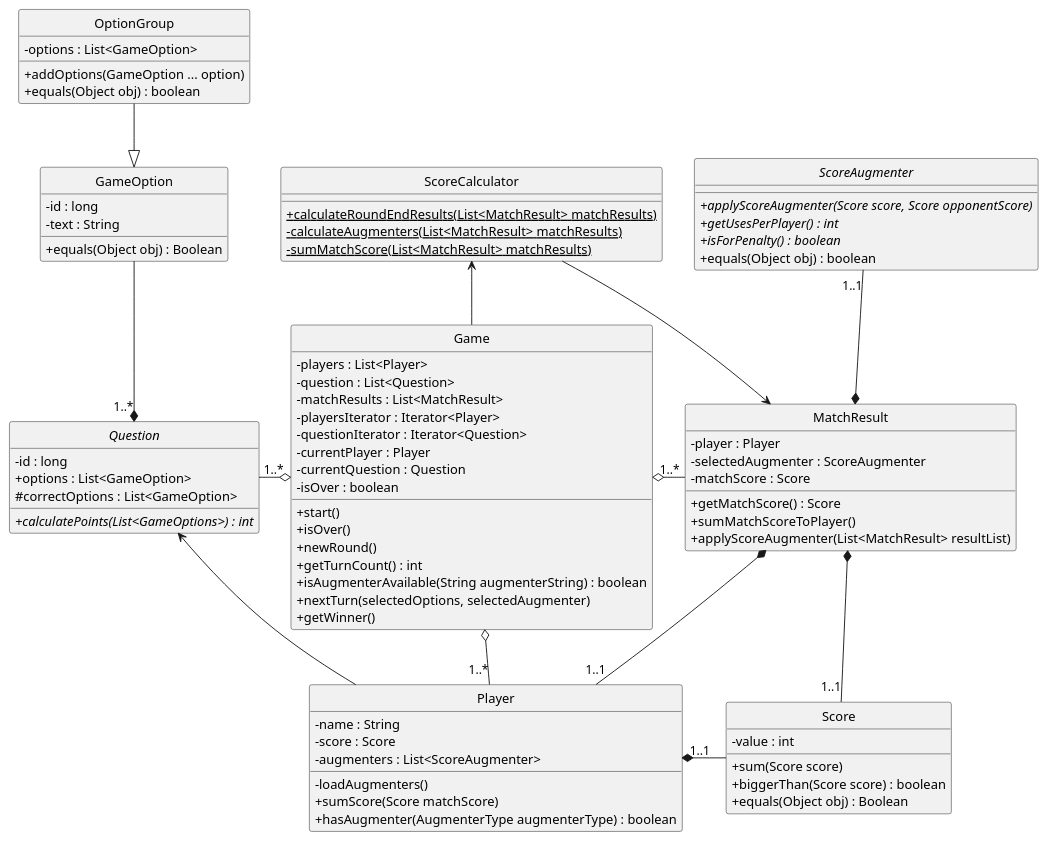
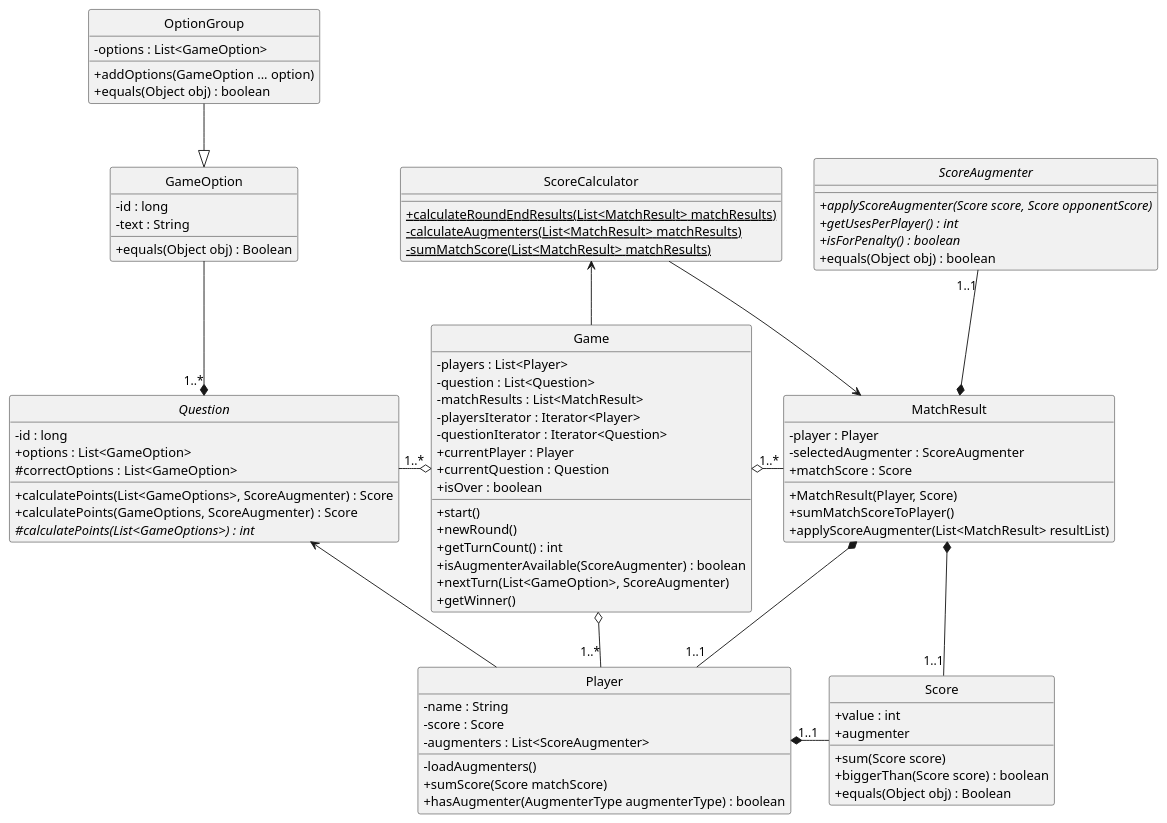
The diagram in docs/diagramaClases-Principal-TP2.plantuml (GEscandar/TP2-Kahoot), drawn with PlantUML before and after one commit. The commit also changed 5 other files, not shown here.

```diff
--- a/docs/diagramaClases-Principal-TP2.plantuml
+++ b/docs/diagramaClases-Principal-TP2.plantuml
@@ -1,99 +1,101 @@
 @startuml DiagramaUML-Clases-TP2
 hide circle
 skinparam classAttributeIconSize 0
 
 abstract Question{
     - id : long
     + options : List<GameOption>
     # correctOptions : List<GameOption>
-    + {abstract}calculatePoints(List<GameOptions>) : int
+    + calculatePoints(List<GameOptions>, ScoreAugmenter) : Score
+    + calculatePoints(GameOptions, ScoreAugmenter) : Score
+    # {abstract}calculatePoints(List<GameOptions>) : int
 }
 
 class GameOption{
     - id : long
-	- text : String
+	  - text : String
     + equals(Object obj) : Boolean
 }
 
 class OptionGroup{
     - options : List<GameOption>
     + addOptions(GameOption ... option)
     + equals(Object obj) : boolean
 }
 
 class MatchResult{
+    + MatchResult(Player, Score)
     - player : Player
-	- selectedAugmenter : ScoreAugmenter
-	- matchScore : Score
-    + getMatchScore() : Score
+	  - selectedAugmenter : ScoreAugmenter
+	  + matchScore : Score
     + sumMatchScoreToPlayer()
     + applyScoreAugmenter(List<MatchResult> resultList) 
 }
 
 class Score{
-    - value : int
+    + value : int
+    + augmenter
     + sum(Score score)
     + biggerThan(Score score) : boolean
     + equals(Object obj) : Boolean
 }
 
 class Game{	
     - players : List<Player>
-	- question : List<Question>
+	  - question : List<Question>
     - matchResults : List<MatchResult>
     - playersIterator : Iterator<Player>
     - questionIterator : Iterator<Question>
-	- currentPlayer : Player
-    - currentQuestion : Question
-    - isOver : boolean
+	  + currentPlayer : Player
+    + currentQuestion : Question
+    + isOver : boolean
     + start()
-    + isOver()
     + newRound()
     + getTurnCount() : int
-    + isAugmenterAvailable(String augmenterString) : boolean
-    + nextTurn(selectedOptions, selectedAugmenter)
+    + isAugmenterAvailable(ScoreAugmenter) : boolean
+    + nextTurn(List<GameOption>, ScoreAugmenter)
     + getWinner()
 }
 
 class ScoreCalculator{
     + {static} calculateRoundEndResults(List<MatchResult> matchResults)
-	- {static} calculateAugmenters(List<MatchResult> matchResults)
+	  - {static} calculateAugmenters(List<MatchResult> matchResults)
     - {static} sumMatchScore(List<MatchResult> matchResults)
 }
 
 class Player{
     - name : String
-	- score : Score
+	  - score : Score
     - augmenters : List<ScoreAugmenter>
-	- loadAugmenters()
+	  - loadAugmenters()
     + sumScore(Score matchScore)
     + hasAugmenter(AugmenterType augmenterType) : boolean
 }
 
 abstract ScoreAugmenter{
     + {abstract}applyScoreAugmenter(Score score, Score opponentScore)
     + {abstract}getUsesPerPlayer() : int 
     + {abstract}isForPenalty() : boolean
     + equals(Object obj) : boolean
 }
 
 
 Game  o--left"1..*"  Question
 Game o--"1..*"  Player
 Game o--right"1..*"  MatchResult
 Game --up> ScoreCalculator
 
 MatchResult *--up"1..1" ScoreAugmenter
 MatchResult *--"1..1" Player
 MatchResult *--down"1..1" Score 
 
 ScoreCalculator --> MatchResult
 
 Player --up> Question
 
 Player "1..1"*--right Score
 
 Question "1..*"*--up GameOption
 OptionGroup --down|> GameOption
 
 @enduml
```
